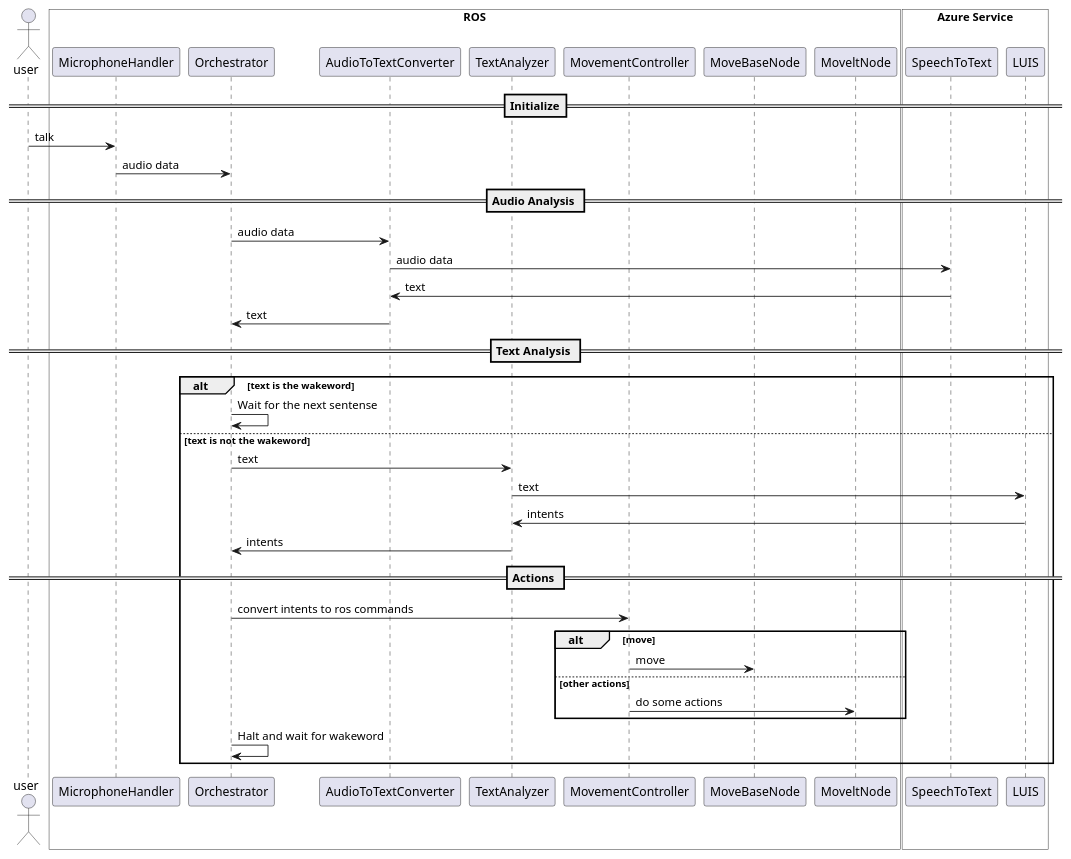
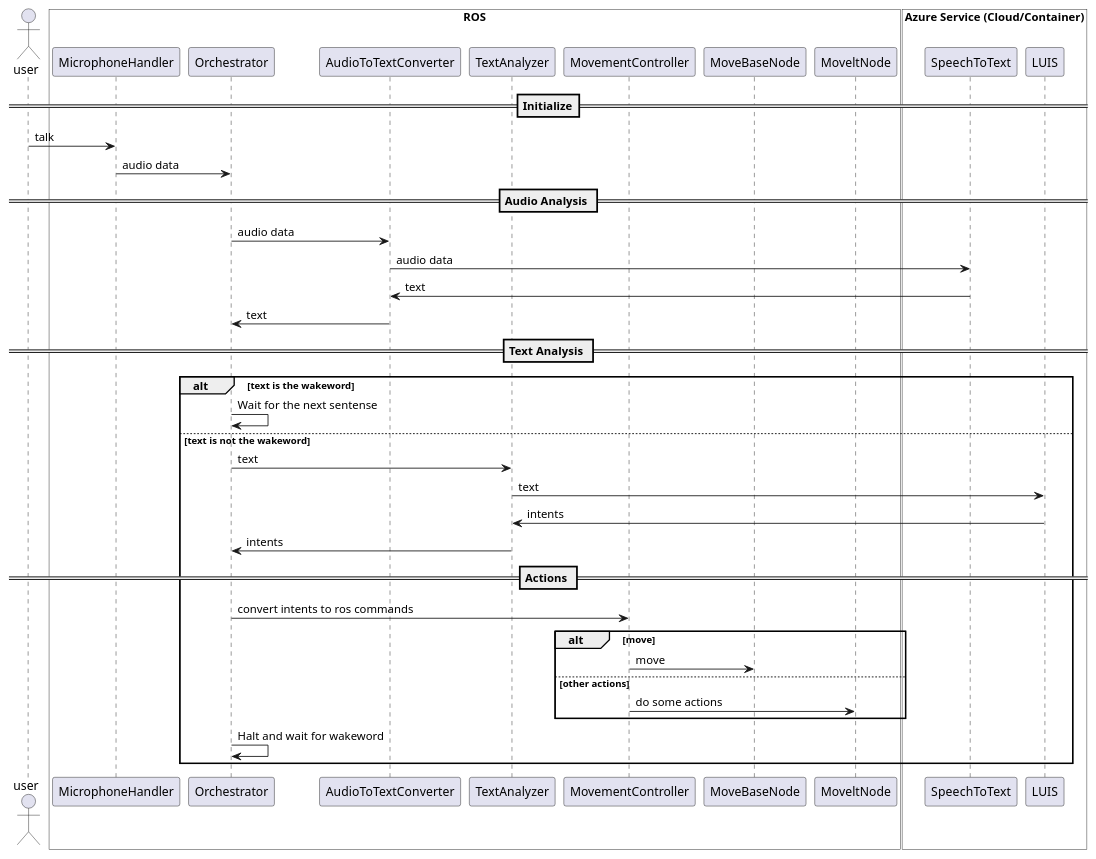
Before and after one commit to 04diiguyi/ros_msft_luis: the diagram in docs/images/src/endtoend.wsd, drawn with PlantUML. The commit also changed 1 other file, not shown here.

Commit message:
update diagramn

```diff
--- a/docs/images/src/endtoend.wsd
+++ b/docs/images/src/endtoend.wsd
@@ -1,56 +1,56 @@
 @startuml
 
 actor user
 
 box "ROS" #White
 participant MicrophoneHandler
 participant Orchestrator
 participant AudioToTextConverter
 participant TextAnalyzer
 participant MovementController
 participant MoveBaseNode
 participant MoveltNode
 
 end box
 
-box "Azure Service" #White
+box "Azure Service (Cloud/Container)" #White
 participant SpeechToText
 participant LUIS
 end box
 
 == Initialize==
 
 user -> MicrophoneHandler: talk
 
 MicrophoneHandler -> Orchestrator: audio data
 
 == Audio Analysis ==
 
 Orchestrator -> AudioToTextConverter: audio data
 AudioToTextConverter -> SpeechToText: audio data
 SpeechToText -> AudioToTextConverter: text
 AudioToTextConverter -> Orchestrator: text
 
 == Text Analysis ==
 
 alt text is the wakeword
     Orchestrator -> Orchestrator: Wait for the next sentense
 else text is not the wakeword
     Orchestrator -> TextAnalyzer: text
     TextAnalyzer -> LUIS: text
     LUIS -> TextAnalyzer: intents
     TextAnalyzer -> Orchestrator: intents
 
 == Actions ==
     Orchestrator -> MovementController: convert intents to ros commands
 
     alt move 
         MovementController -> MoveBaseNode: move
     else other actions
         MovementController -> MoveltNode: do some actions
     end
 
     Orchestrator -> Orchestrator: Halt and wait for wakeword
 end
 
 @enduml
```
